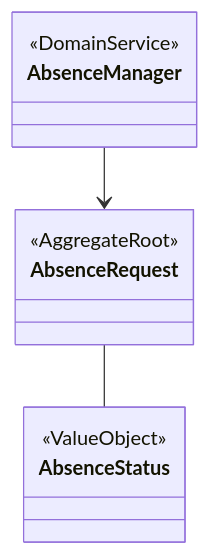
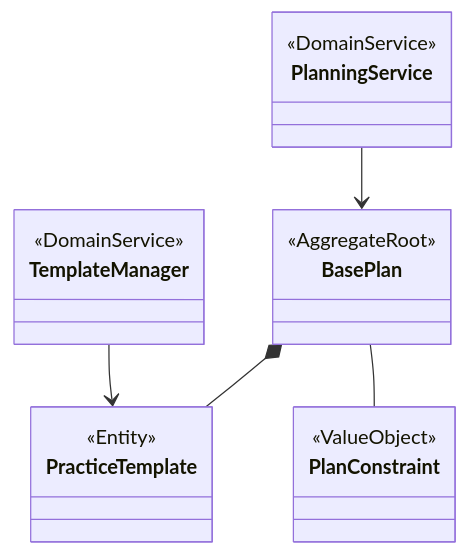
One commit to NowatariSoma/tomosigoto_nou_system changed the second of 15 diagrams in 設計書/03_バウンデッドコンテキスト.md. Above: the diagram before and after it, drawn with Mermaid. The commit also changed other lines of this file and 12 other files, not shown here.

````diff
--- a/設計書/03_バウンデッドコンテキスト.md
+++ b/設計書/03_バウンデッドコンテキスト.md
@@ -44,15 +71,23 @@
 ```mermaid
 classDiagram
-    class AbsenceRequest {
+    class BasePlan {
         <<AggregateRoot>>
     }
-    class AbsenceStatus {
+    class PracticeTemplate {
+        <<Entity>>
+    }
+    class PlanningService {
+        <<DomainService>>
+    }
+    class TemplateManager {
+        <<DomainService>>
+    }
+    class PlanConstraint {
         <<ValueObject>>
     }
-    class AbsenceManager {
-        <<DomainService>>
-    }
     
-    AbsenceRequest -- AbsenceStatus
-    AbsenceManager --> AbsenceRequest
+    BasePlan *-- PracticeTemplate
+    BasePlan -- PlanConstraint
+    PlanningService --> BasePlan
+    TemplateManager --> PracticeTemplate
 ```
````
